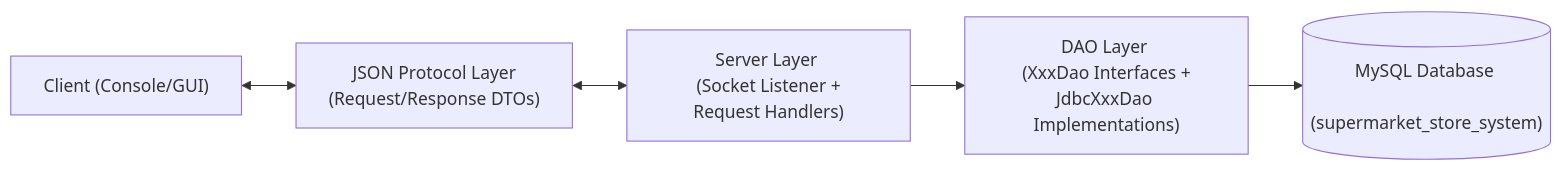
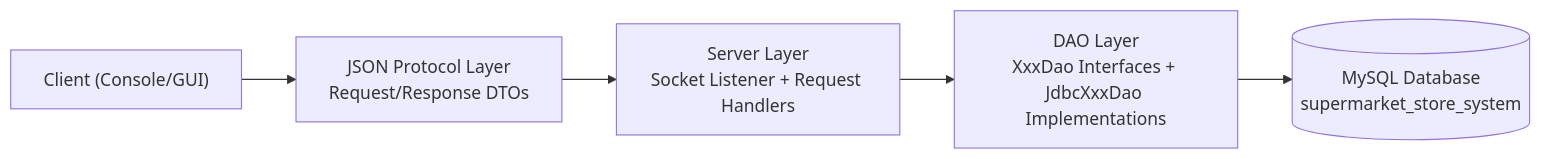
The diagram in docs/architecture.md (nikitsya/2025-26-L8-OOP-GCA2-SD2a), drawn with Mermaid before and after one commit.

Commit message:
fix Mermaid architecture diagram rendering for GitHub preview

````diff
--- a/docs/architecture.md
+++ b/docs/architecture.md
@@ -6,13 +6,13 @@
 ```mermaid
 flowchart LR
     C["Client (Console/GUI)"]
-    J["JSON Protocol Layer \n (Request/Response DTOs)"]
-    S["Server Layer \n (Socket Listener + Request Handlers)"]
-    D["DAO Layer \n (XxxDao Interfaces + JdbcXxxDao Implementations)"]
-    DB[("MySQL Database \n (supermarket_store_system)")]
+    J["JSON Protocol Layer<br/>Request/Response DTOs"]
+    S["Server Layer<br/>Socket Listener + Request Handlers"]
+    D["DAO Layer<br/>XxxDao Interfaces + JdbcXxxDao Implementations"]
+    DB[("MySQL Database<br/>supermarket_store_system")]
 
-    C <--> J
-    J <--> S
+    C --> J
+    J --> S
     S --> D
     D --> DB
 ```
````
